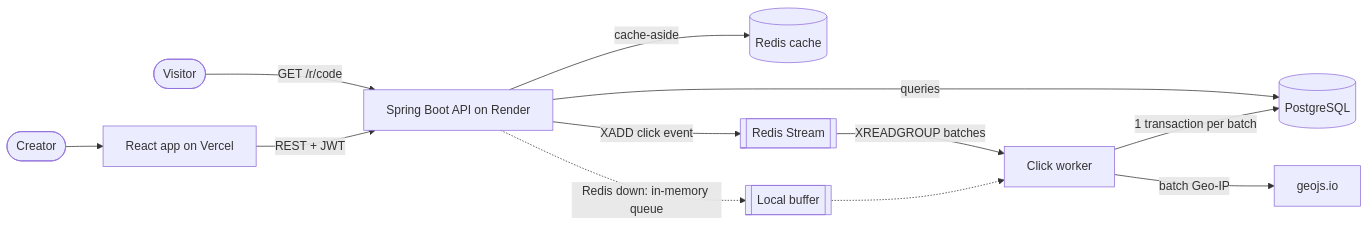
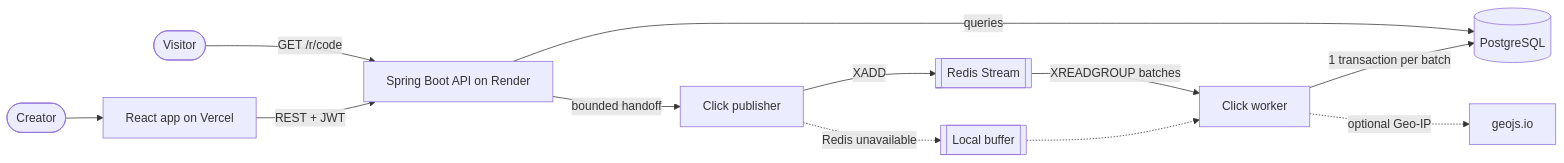
Before and after one commit to adocxwork/linkly: the diagram in README.md, drawn with Mermaid. The commit also changed other lines of this file and 60 other files, not shown here.

````diff
--- a/README.md
+++ b/README.md
@@ -24,12 +24,11 @@
 ```mermaid
 flowchart LR
     V([Visitor]) -->|GET /r/code| API
     C([Creator]) --> FE[React app on Vercel] -->|REST + JWT| API[Spring Boot API on Render]
-    API -->|cache-aside| R[(Redis cache)]
     API -->|queries| PG[(PostgreSQL)]
-    API -->|XADD click event| S[[Redis Stream]]
+    API -->|bounded handoff| P[Click publisher] -->|XADD| S[[Redis Stream]]
     S -->|XREADGROUP batches| W[Click worker]
-    API -.->|Redis down: in-memory queue| Q[[Local buffer]] -.-> W
-    W -->|batch Geo-IP| G[geojs.io]
+    P -.->|Redis unavailable| Q[[Local buffer]] -.-> W
+    W -.->|optional Geo-IP| G[geojs.io]
     W -->|1 transaction per batch| PG
 ```
````
